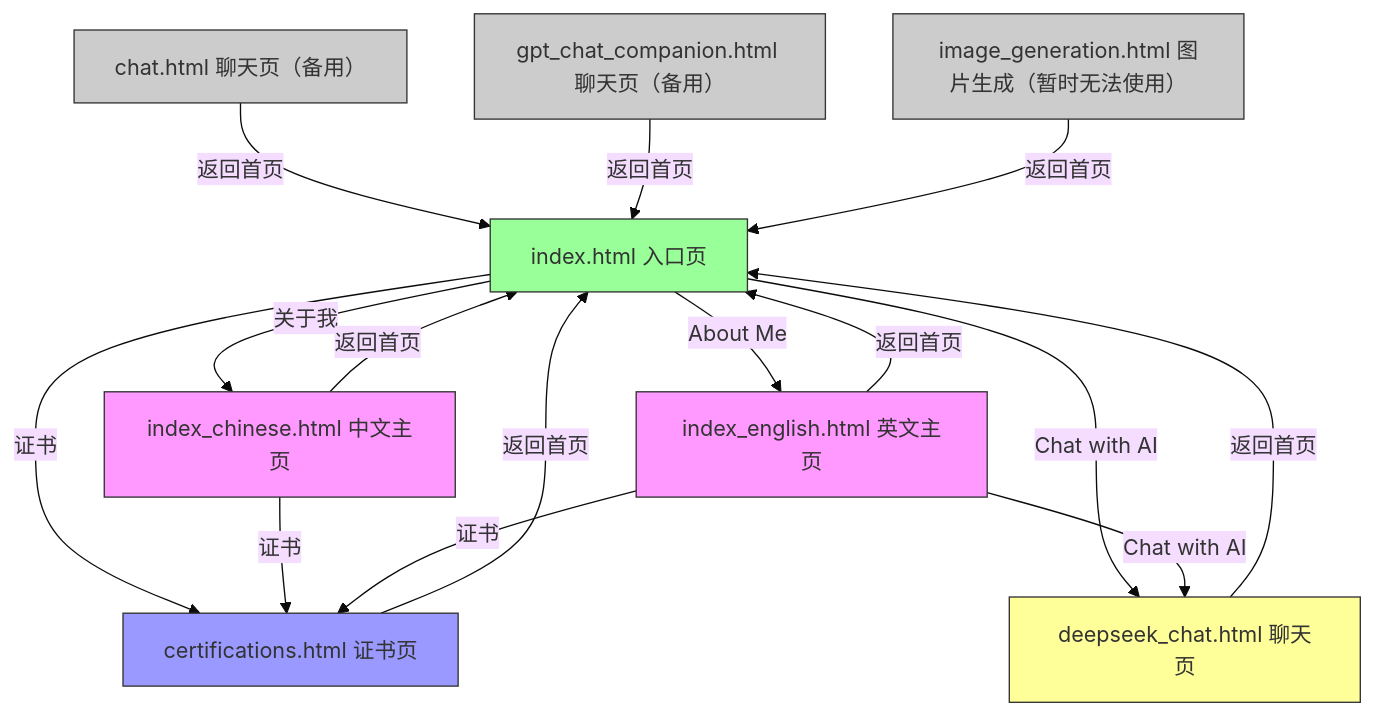
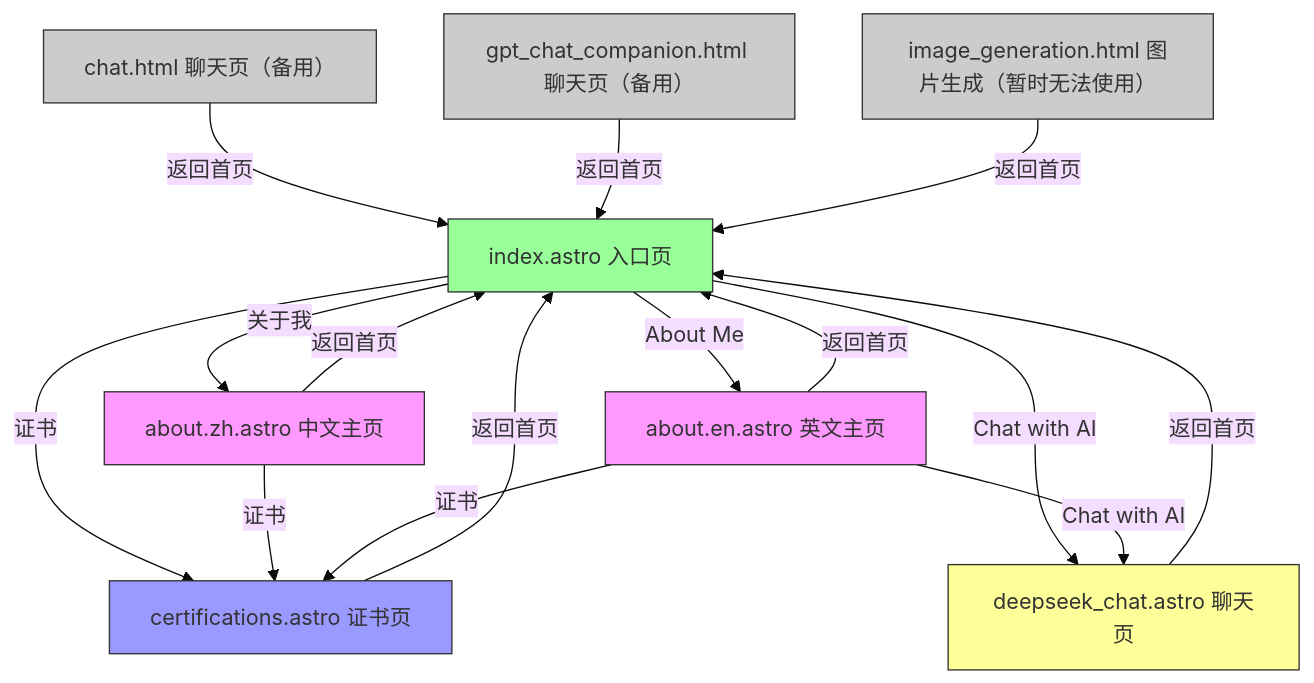
Before and after one commit to RendaZhang/rendazhang: the first of 2 diagrams in README.md, drawn with Mermaid (base theme). The commit also changed other lines of this file and 2 other files, not shown here.

````diff
--- a/README.md
+++ b/README.md
@@ -81,26 +81,26 @@
 ```mermaid
 flowchart TD
-    A[index.html 入口页] -->|关于我| B[index_chinese.html 中文主页]
-    A -->|About Me| C[index_english.html 英文主页]
-    A -->|Chat with AI| D[deepseek_chat.html 聊天页]
-    A -->|证书| E[certifications.html 证书页]
+    A[index.astro 入口页] -->|关于我| B[about.zh.astro 中文主页]
+    A -->|About Me| C[about.en.astro 英文主页]
+    A -->|Chat with AI| D[deepseek_chat.astro 聊天页]
+    A -->|证书| E[certifications.astro 证书页]
     B -->|返回首页| A
     B -->|证书| E
     C -->|返回首页| A
     C -->|证书| E
     C -->|Chat with AI| D
     D -->|返回首页| A
     E -->|返回首页| A
     F[chat.html 聊天页（备用）] -->|返回首页| A
     G[gpt_chat_companion.html 聊天页（备用）] -->|返回首页| A
     H[image_generation.html 图片生成（暂时无法使用）] -->|返回首页| A
 
     style A fill:#9f9,stroke:#333
     style B fill:#f9f,stroke:#333
     style C fill:#f9f,stroke:#333
     style D fill:#ff9,stroke:#333
     style E fill:#99f,stroke:#333
     style F fill:#ccc,stroke:#333
     style G fill:#ccc,stroke:#333
     style H fill:#ccc,stroke:#333
 ```
````
